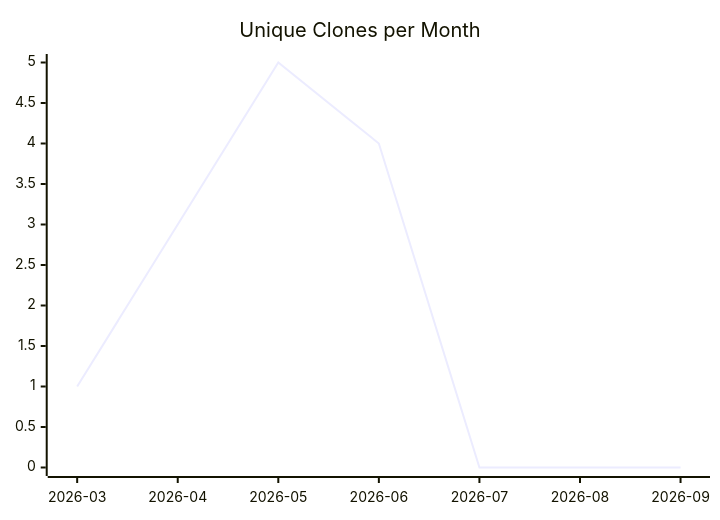
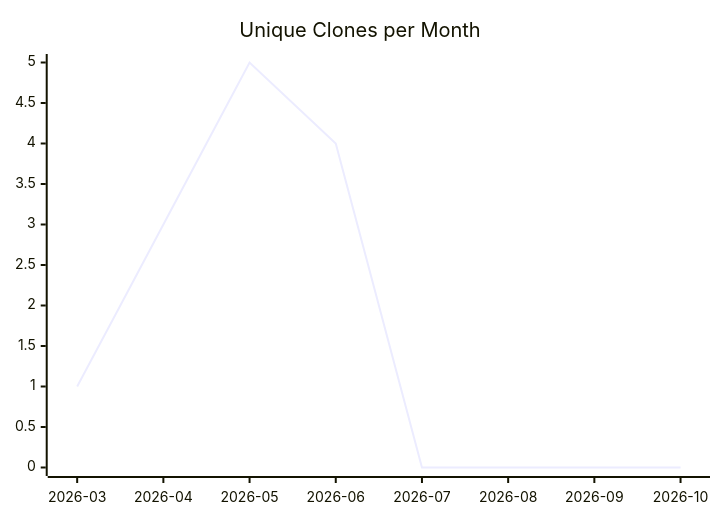
The third of 3 diagrams in karlmdavis/liquibase/README.md (justdavis-family/github-analytics-data), drawn with Mermaid before and after one commit. The commit also changed other lines of this file and 202 other files, not shown here.

````diff
--- a/karlmdavis/liquibase/README.md
+++ b/karlmdavis/liquibase/README.md
@@ -19,6 +19,6 @@
 ```mermaid
 xychart-beta
   title "Unique Clones per Month"
-  x-axis ["2026-03", "2026-04", "2026-05", "2026-06", "2026-07", "2026-08", "2026-09"]
-  line [1, 3, 5, 4, 0, 0, 0]
+  x-axis ["2026-03", "2026-04", "2026-05", "2026-06", "2026-07", "2026-08", "2026-09", "2026-10"]
+  line [1, 3, 5, 4, 0, 0, 0, 0]
 ```
````
